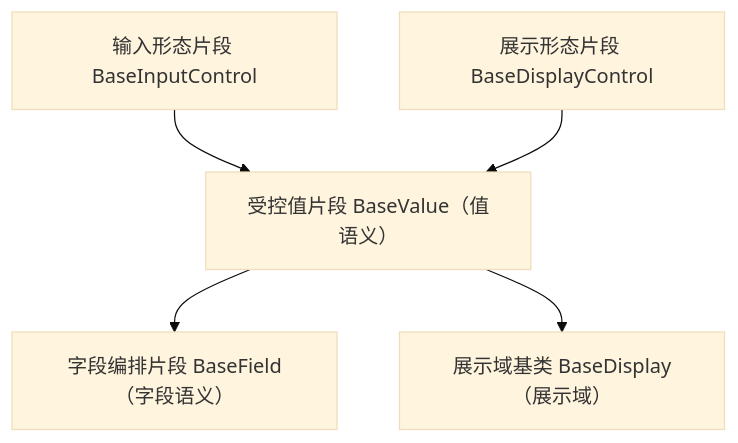
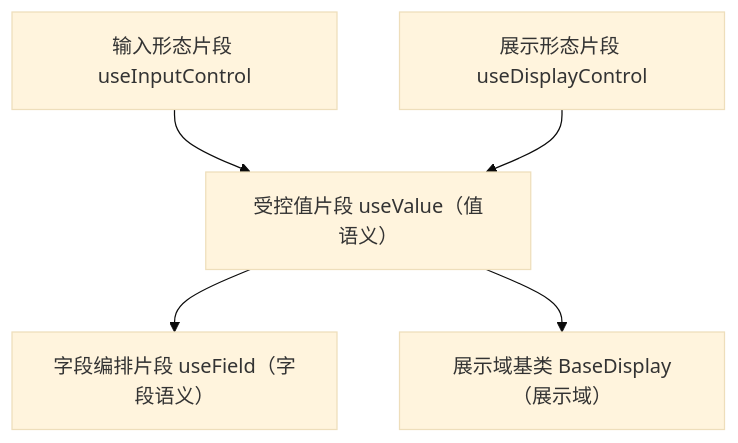
One commit to minjian123/basic-management-system changed the diagram in bms文档/设计/组件设计/02_基础组件类/02_能力片段/08_组件设计_受控值片段/08_组件设计_受控值片段.md. Above: the diagram before and after it, drawn with Mermaid (base theme). The commit also changed other lines of this file and 30 other files, not shown here.

````diff
--- a/bms文档/设计/组件设计/02_基础组件类/02_能力片段/08_组件设计_受控值片段/08_组件设计_受控值片段.md
+++ b/bms文档/设计/组件设计/02_基础组件类/02_能力片段/08_组件设计_受控值片段/08_组件设计_受控值片段.md
@@ -17,7 +17,7 @@
 ```mermaid
 flowchart TD
-    IC["输入形态片段 BaseInputControl"] --> V["受控值片段 BaseValue（值语义）"]
-    DC["展示形态片段 BaseDisplayControl"] --> V
-    V --> F["字段编排片段 BaseField（字段语义）"]
+    IC["输入形态片段 useInputControl"] --> V["受控值片段 useValue（值语义）"]
+    DC["展示形态片段 useDisplayControl"] --> V
+    V --> F["字段编排片段 useField（字段语义）"]
     V --> D["展示域基类 BaseDisplay（展示域）"]
 ```
````
